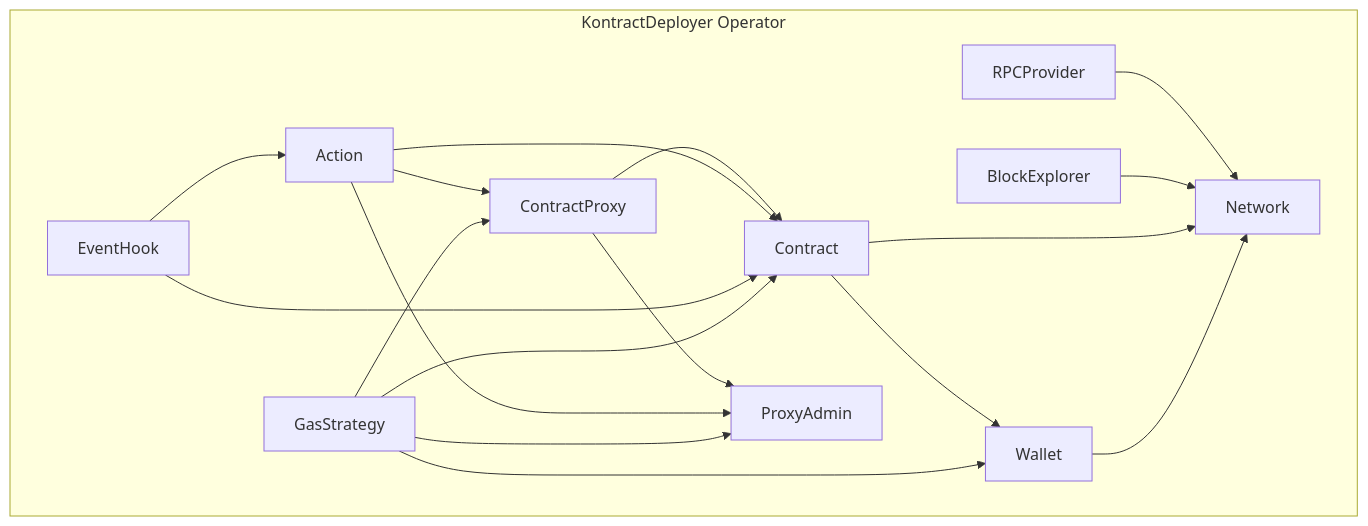
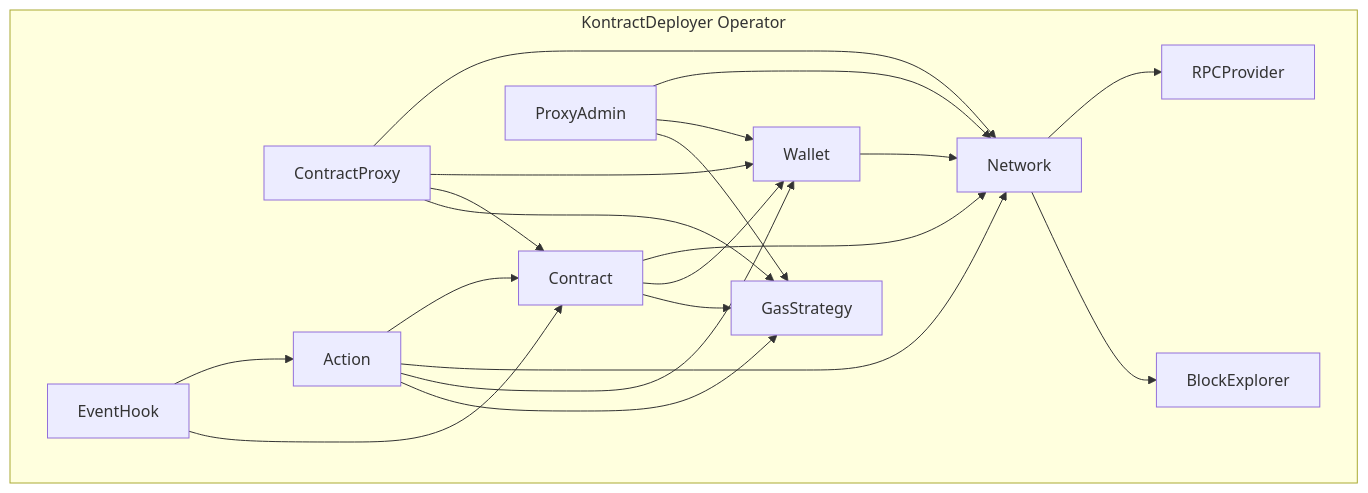
One commit to expedio-blockchain/Kontract changed the diagram in README.md. Above: the diagram before and after it, drawn with Mermaid. The commit also changed other lines of this file, not shown here.

Commit message:
add diagram

````diff
--- a/README.md
+++ b/README.md
@@ -23,21 +23,24 @@
 ```mermaid
 graph TB
     subgraph KontractDeployer Operator
-        RPCProvider --> Network
-        BlockExplorer --> Network
+        Network --> RPCProvider
+        Network --> BlockExplorer
+        Wallet --> Network
         Contract --> Network
-        Wallet --> Network
         Contract --> Wallet
+        Contract --> GasStrategy
+        ContractProxy --> Network
+        ContractProxy --> Wallet
         ContractProxy --> Contract
-        ContractProxy --> ProxyAdmin
+        ContractProxy --> GasStrategy
+        ProxyAdmin --> Network
+        ProxyAdmin --> Wallet
+        ProxyAdmin --> GasStrategy
         Action --> Contract
-        Action --> ContractProxy
-        Action --> ProxyAdmin
+        Action --> Network
+        Action --> Wallet
+        Action --> GasStrategy
         EventHook --> Action
         EventHook --> Contract
-        GasStrategy --> Wallet
-        GasStrategy --> Contract
-        GasStrategy --> ContractProxy
-        GasStrategy --> ProxyAdmin
     end
 ```
````
